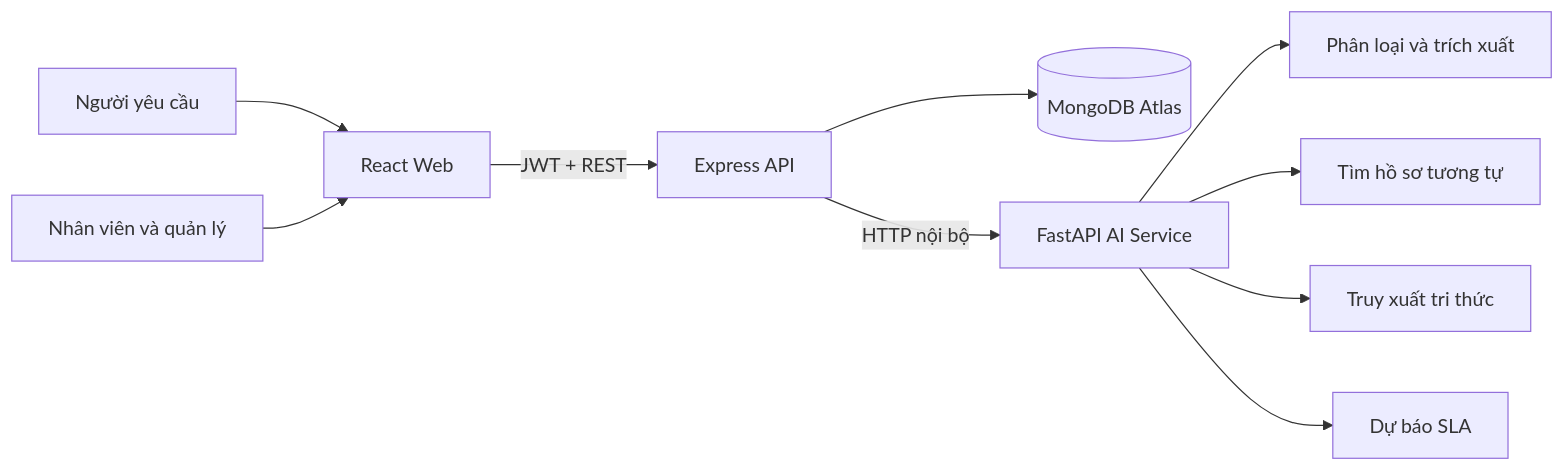
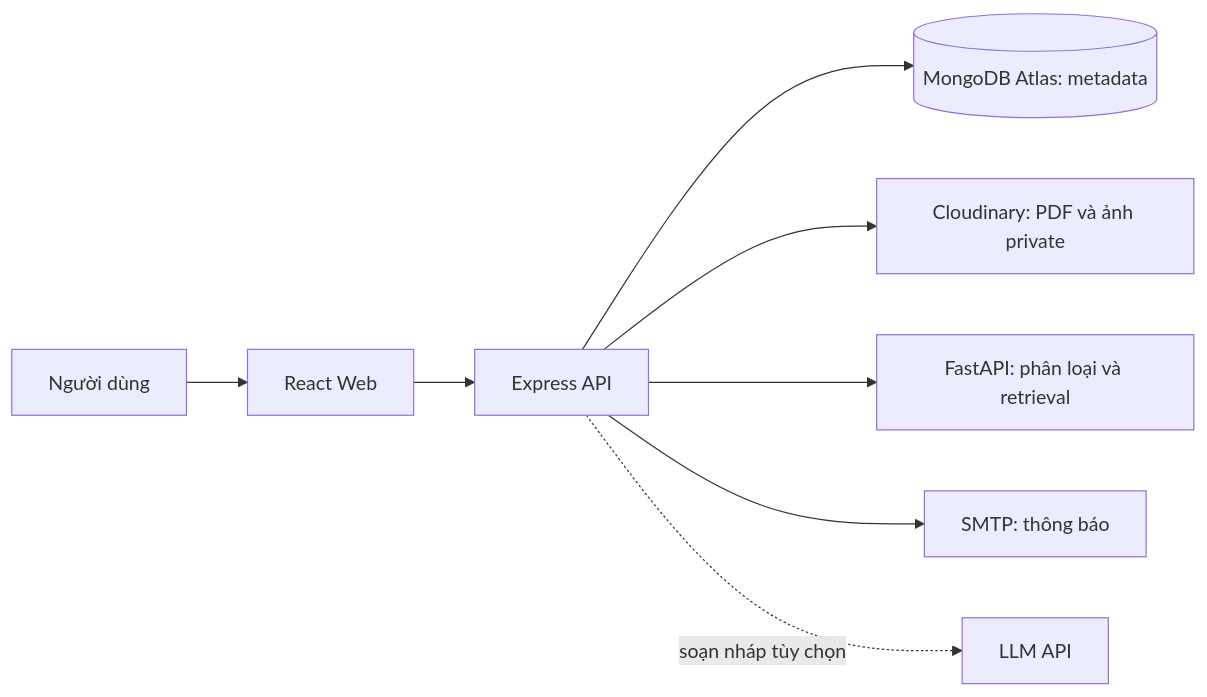
One commit to YOUNGLEE2510/caseflowAI changed the diagram in docs/ARCHITECTURE.md. Above: the diagram before and after it, drawn with Mermaid. The commit also changed other lines of this file and 174 other files, not shown here.

````diff
--- a/docs/ARCHITECTURE.md
+++ b/docs/ARCHITECTURE.md
@@ -9,12 +7,10 @@
 ```mermaid
 flowchart LR
-  U[Người yêu cầu] --> W[React Web]
-  S[Nhân viên và quản lý] --> W
-  W -->|JWT + REST| A[Express API]
-  A --> M[(MongoDB Atlas)]
-  A -->|HTTP nội bộ| I[FastAPI AI Service]
-  I --> C[Phân loại và trích xuất]
-  I --> D[Tìm hồ sơ tương tự]
-  I --> K[Truy xuất tri thức]
-  I --> R[Dự báo SLA]
+  USER[Người dùng] --> WEB[React Web]
+  WEB --> API[Express API]
+  API --> DB[(MongoDB Atlas: metadata)]
+  API --> FILES[Cloudinary: PDF và ảnh private]
+  API --> AI[FastAPI: phân loại và retrieval]
+  API --> SMTP[SMTP: thông báo]
+  API -. soạn nháp tùy chọn .-> LLM[LLM API]
 ```
````
